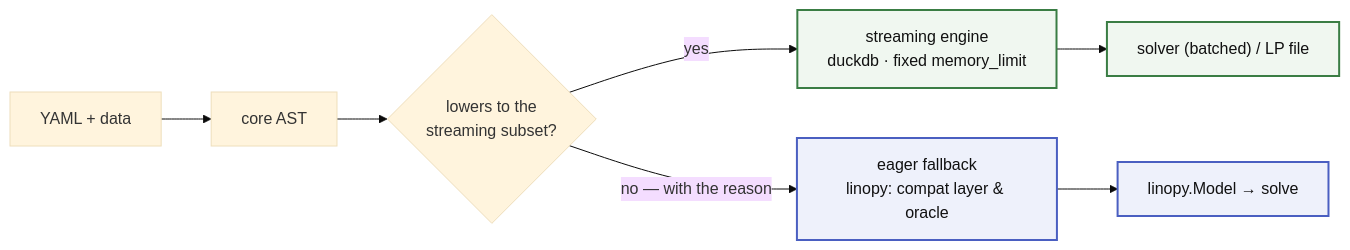
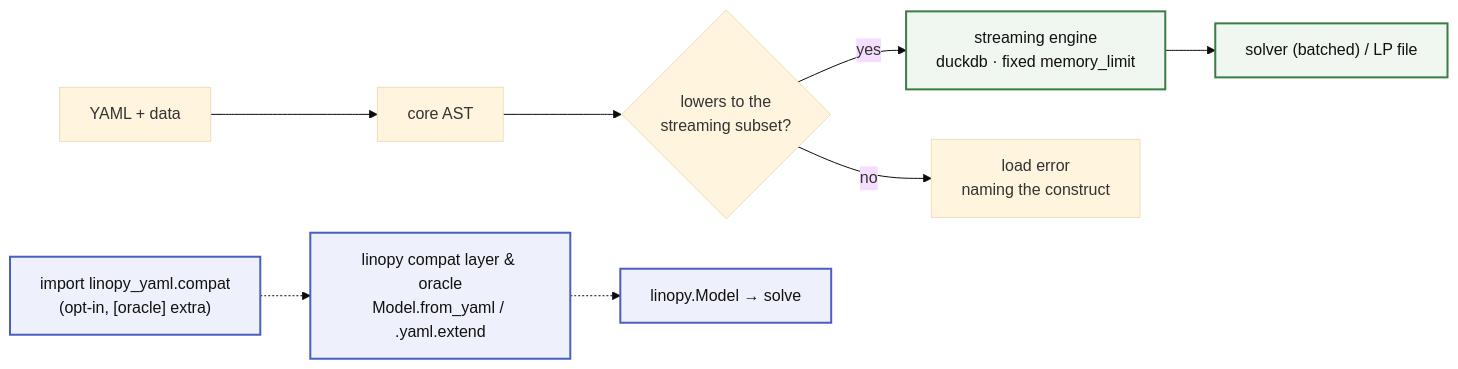
One commit to FBumann/farkas changed the diagram in README.md. Above: the diagram before and after it, drawn with Mermaid (base theme). The commit also changed other lines of this file and 1 other file, not shown here.

````diff
--- a/README.md
+++ b/README.md
@@ -7,14 +7,15 @@
 ```mermaid
 flowchart LR
     Y["YAML + data"] --> AST["core AST"]
     AST --> R{"lowers to the<br/>streaming subset?"}
     R -->|"yes"| S["streaming engine<br/>duckdb · fixed memory_limit"]
     S --> OUT["solver (batched) / LP file"]
-    R -->|"no — with the reason"| E["eager fallback<br/>linopy: compat layer & oracle"]
-    E --> LS["linopy.Model → solve"]
+    R -->|"no"| ERR["load error<br/>naming the construct"]
+    C["import linopy_yaml.compat<br/>(opt-in, [oracle] extra)"] -.-> E["linopy compat layer & oracle<br/>Model.from_yaml / .yaml.extend"]
+    E -.-> LS["linopy.Model → solve"]
 
     classDef stream fill:#f0f7f0,stroke:#3a7d44,stroke-width:2px,color:#111
     classDef compat fill:#eef1fb,stroke:#4a5fc1,stroke-width:2px,color:#111
     class S,OUT stream
-    class E,LS compat
+    class C,E,LS compat
 ```
````
